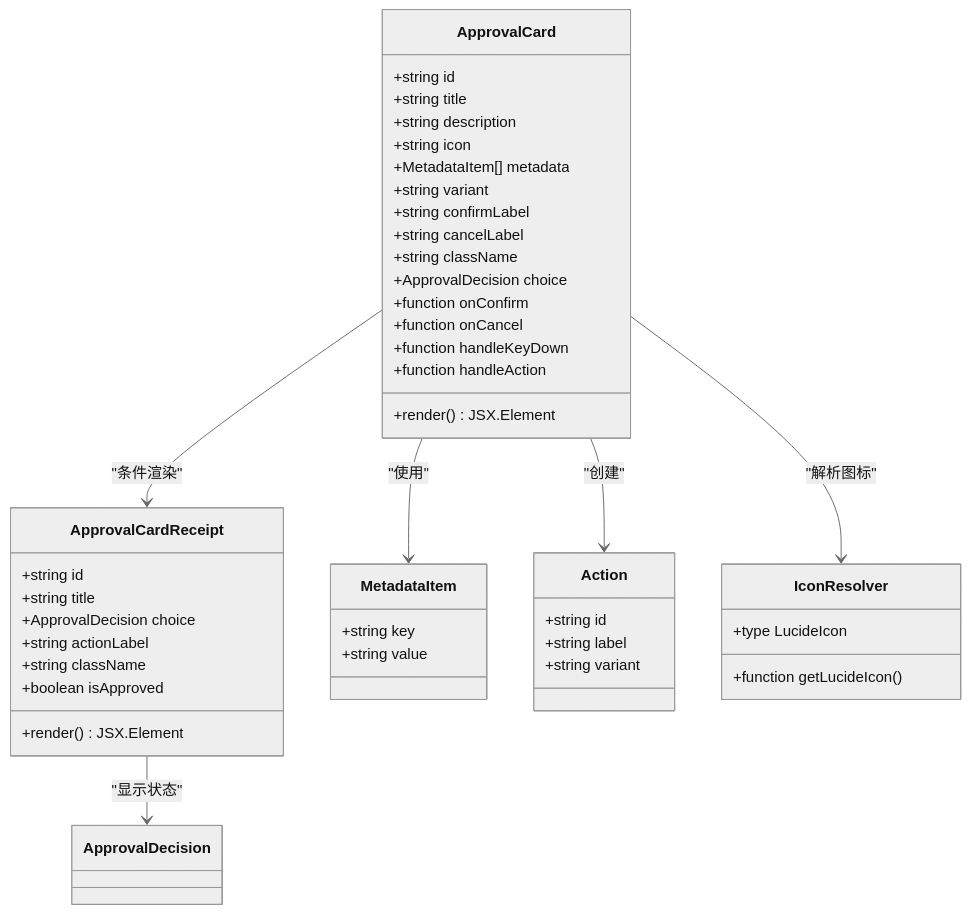
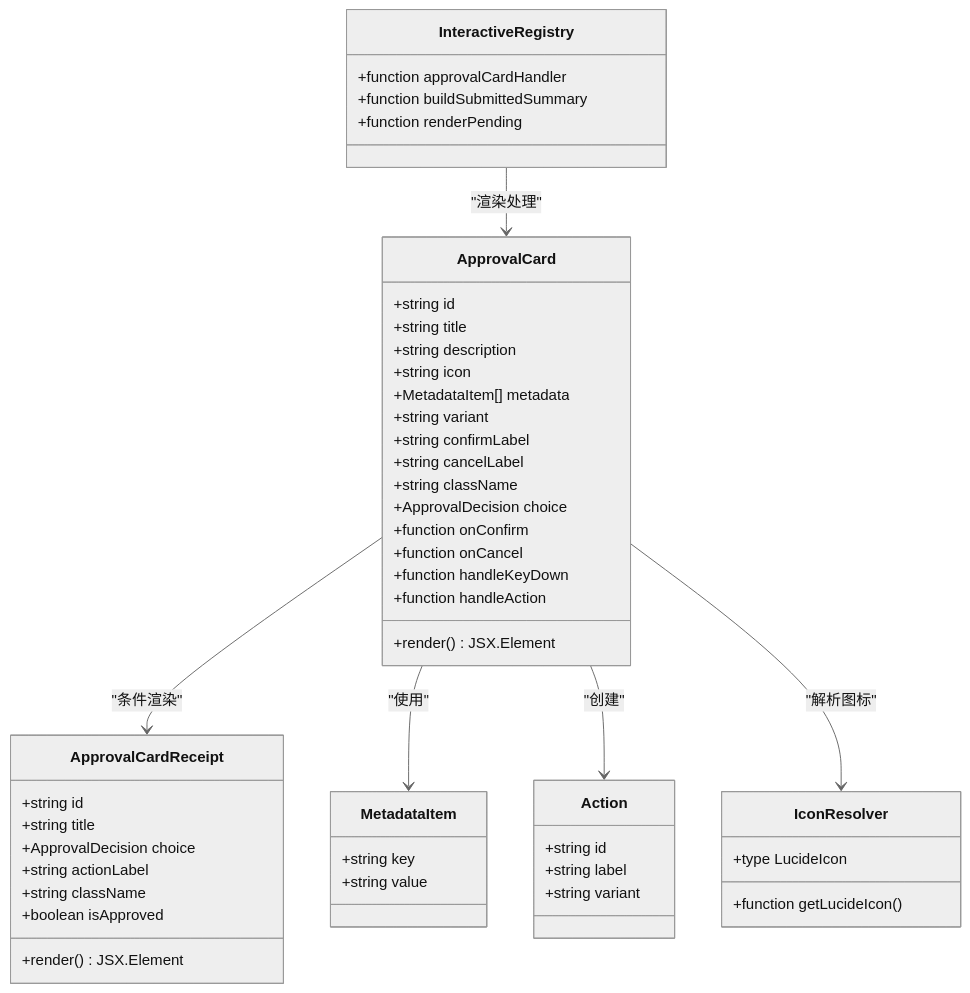
The second of 9 diagrams in .qoder/repowiki/zh/content/Web界面/UI组件系统/工具UI组件/审批卡片组件.md (verse-ai-org/openclaw), drawn with Mermaid (neutral theme) before and after one commit. The commit also changed other lines of this file and 11 other files, not shown here.

````diff
--- a/.qoder/repowiki/zh/content/Web界面/UI组件系统/工具UI组件/审批卡片组件.md
+++ b/.qoder/repowiki/zh/content/Web界面/UI组件系统/工具UI组件/审批卡片组件.md
@@ -100,47 +117,52 @@
 ```mermaid
 classDiagram
 class ApprovalCard {
 +string id
 +string title
 +string description
 +string icon
 +MetadataItem[] metadata
 +string variant
 +string confirmLabel
 +string cancelLabel
 +string className
 +ApprovalDecision choice
 +function onConfirm
 +function onCancel
 +function handleKeyDown
 +function handleAction
 +render() JSX.Element
 }
 class ApprovalCardReceipt {
 +string id
 +string title
 +ApprovalDecision choice
 +string actionLabel
 +string className
 +boolean isApproved
 +render() JSX.Element
 }
 class MetadataItem {
 +string key
 +string value
 }
 class Action {
 +string id
 +string label
 +string variant
 }
 class IconResolver {
 +function getLucideIcon()
 +type LucideIcon
 }
+class InteractiveRegistry {
++function approvalCardHandler
++function buildSubmittedSummary
++function renderPending
+}
 ApprovalCard --> ApprovalCardReceipt : "条件渲染"
 ApprovalCard --> MetadataItem : "使用"
 ApprovalCard --> Action : "创建"
 ApprovalCard --> IconResolver : "解析图标"
-ApprovalCardReceipt --> ApprovalDecision : "显示状态"
+InteractiveRegistry --> ApprovalCard : "渲染处理"
 ```
````
